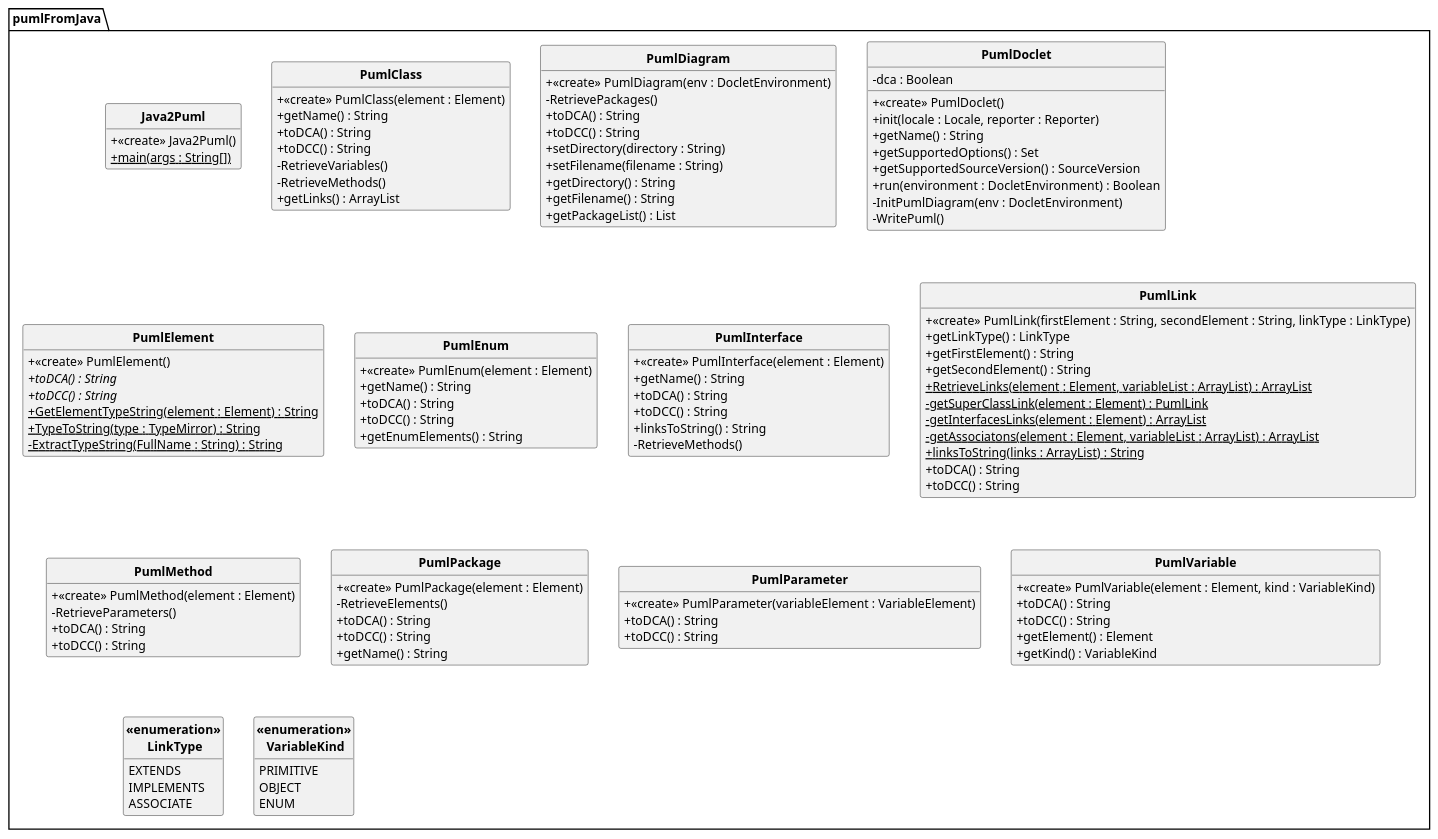
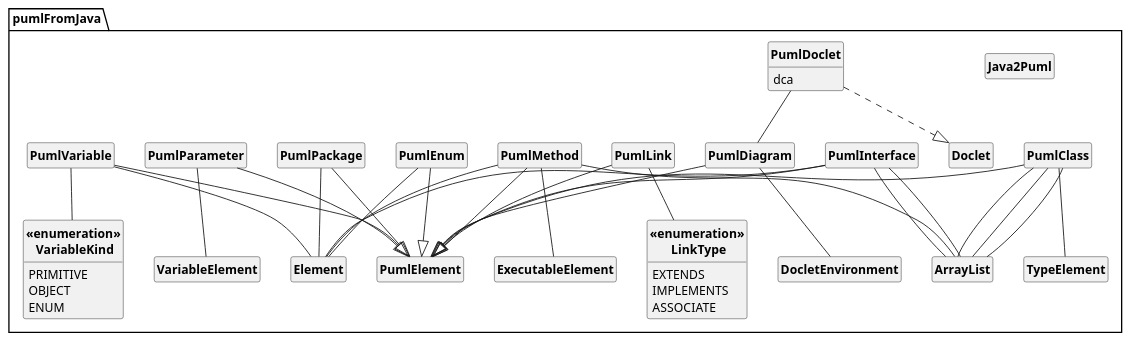
The diagram in javadoc.puml (Lykomonix/API-JAVAtoPUML), drawn with PlantUML before and after one commit. The commit also changed 2 other files, not shown here.

Commit message:
[*] mise à jour des DCC et DCA de l'api

```diff
--- a/javadoc.puml
+++ b/javadoc.puml
@@ -1,145 +1,114 @@
 @startuml
 
 skinparam style strictuml
 skinparam classAttributeIconSize 0
 skinparam classFontStyle Bold
 hide empty members
 
 Package "pumlFromJava" {
 class Java2Puml
 {
-+ <<create>> Java2Puml() 
-+ {static} main(args : String[]) 
 }
 
 class PumlClass
 {
-+ <<create>> PumlClass(element : Element) 
-+ getName() : String
-+ toDCA() : String
-+ toDCC() : String
-- RetrieveVariables() 
-- RetrieveMethods() 
-+ getLinks() : ArrayList
 }
 
 class PumlDiagram
 {
-+ <<create>> PumlDiagram(env : DocletEnvironment) 
-- RetrievePackages() 
-+ toDCA() : String
-+ toDCC() : String
-+ setDirectory(directory : String) 
-+ setFilename(filename : String) 
-+ getDirectory() : String
-+ getFilename() : String
-+ getPackageList() : List
 }
 
 class PumlDoclet
 {
-- dca : Boolean
-+ <<create>> PumlDoclet() 
-+ init(locale : Locale, reporter : Reporter) 
-+ getName() : String
-+ getSupportedOptions() : Set
-+ getSupportedSourceVersion() : SourceVersion
-+ run(environment : DocletEnvironment)  : Boolean
-- InitPumlDiagram(env : DocletEnvironment) 
-- WritePuml() 
+dca
 }
 
 class PumlElement
 {
-+ <<create>> PumlElement() 
-+ {abstract} toDCA() : String
-+ {abstract} toDCC() : String
-+ {static} GetElementTypeString(element : Element) : String
-+ {static} TypeToString(type : TypeMirror) : String
-- {static} ExtractTypeString(FullName : String) : String
 }
 
 class PumlEnum
 {
-+ <<create>> PumlEnum(element : Element) 
-+ getName() : String
-+ toDCA() : String
-+ toDCC() : String
-+ getEnumElements() : String
 }
 
 class PumlInterface
 {
-+ <<create>> PumlInterface(element : Element) 
-+ getName() : String
-+ toDCA() : String
-+ toDCC() : String
-+ linksToString() : String
-- RetrieveMethods() 
 }
 
 class PumlLink
 {
-+ <<create>> PumlLink(firstElement : String, secondElement : String, linkType : LinkType) 
-+ getLinkType() : LinkType
-+ getFirstElement() : String
-+ getSecondElement() : String
-+ {static} RetrieveLinks(element : Element, variableList : ArrayList) : ArrayList
-- {static} getSuperClassLink(element : Element) : PumlLink
-- {static} getInterfacesLinks(element : Element) : ArrayList
-- {static} getAssociatons(element : Element, variableList : ArrayList) : ArrayList
-+ {static} linksToString(links : ArrayList) : String
-+ toDCA() : String
-+ toDCC() : String
 }
 
 class PumlMethod
 {
-+ <<create>> PumlMethod(element : Element) 
-- RetrieveParameters() 
-+ toDCA() : String
-+ toDCC() : String
 }
 
 class PumlPackage
 {
-+ <<create>> PumlPackage(element : Element) 
-- RetrieveElements() 
-+ toDCA() : String
-+ toDCC() : String
-+ getName() : String
 }
 
 class PumlParameter
 {
-+ <<create>> PumlParameter(variableElement : VariableElement) 
-+ toDCA() : String
-+ toDCC() : String
 }
 
 class PumlVariable
 {
-+ <<create>> PumlVariable(element : Element, kind : VariableKind) 
-+ toDCA() : String
-+ toDCC() : String
-+ getElement() : Element
-+ getKind() : VariableKind
 }
 
 class "<<enumeration>>\n LinkType" as LinkType
 {
 EXTENDS
 IMPLEMENTS
 ASSOCIATE
 }
 
 class "<<enumeration>>\n VariableKind" as VariableKind
 {
 PRIMITIVE
 OBJECT
 ENUM
 }
 
+
+PumlClass --|> PumlElement
+PumlClass -- TypeElement
+PumlClass -- ArrayList
+PumlClass -- ArrayList
+PumlClass -- ArrayList
+
+PumlDiagram --|> PumlElement
+PumlDiagram -- DocletEnvironment
+
+PumlDoclet ..|> Doclet
+PumlDoclet -- PumlDiagram
+
+
+PumlEnum --|> PumlElement
+PumlEnum -- Element
+
+PumlInterface --|> PumlElement
+PumlInterface -- Element
+PumlInterface -- ArrayList
+PumlInterface -- ArrayList
+
+PumlLink --|> PumlElement
+PumlLink -- LinkType
+
+PumlMethod --|> PumlElement
+PumlMethod -- Element
+PumlMethod -- ExecutableElement
+PumlMethod -- ArrayList
+
+PumlPackage --|> PumlElement
+PumlPackage -- Element
+
+PumlParameter --|> PumlElement
+PumlParameter -- VariableElement
+
+PumlVariable --|> PumlElement
+PumlVariable -- Element
+PumlVariable -- VariableKind
+
 }
 
 @enduml
```
